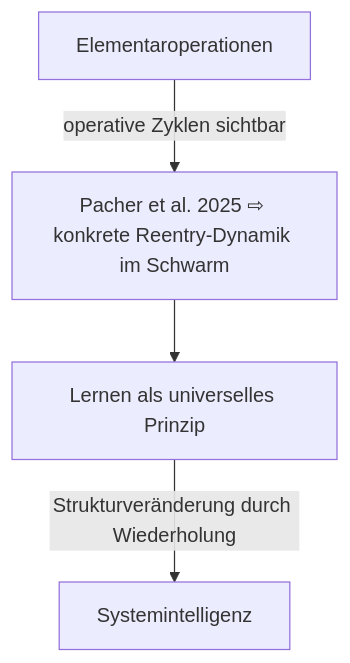
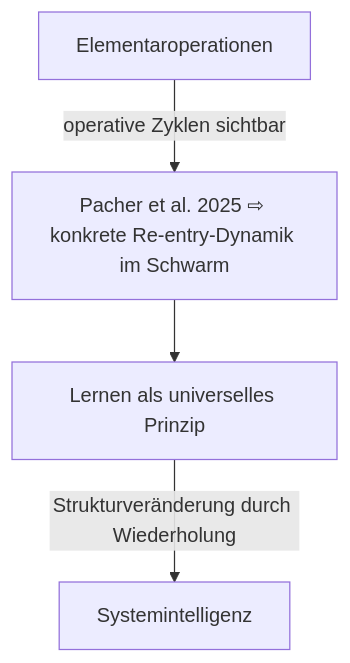
One commit to jochen-hanisch/research changed the first of 2 diagrams in Fallstudien/Schwarmverhalten.md. Above: the diagram before and after it, drawn with Mermaid. The commit also changed other lines of this file, not shown here.

````diff
--- a/Fallstudien/Schwarmverhalten.md
+++ b/Fallstudien/Schwarmverhalten.md
@@ -36,11 +40,11 @@
 ```mermaid
 flowchart TB
   EO[Elementaroperationen]
-  PE[Pacher et al. 2025 ⇨ konkrete Reentry-Dynamik im Schwarm]
+  PE[Pacher et al. 2025 ⇨ konkrete Re-entry-Dynamik im Schwarm]
   L[Lernen als universelles Prinzip]
   SI[Systemintelligenz]
 
   EO -->|operative Zyklen sichtbar| PE
   PE --> L
   L -->|Strukturveränderung durch Wiederholung| SI
 ```
````
